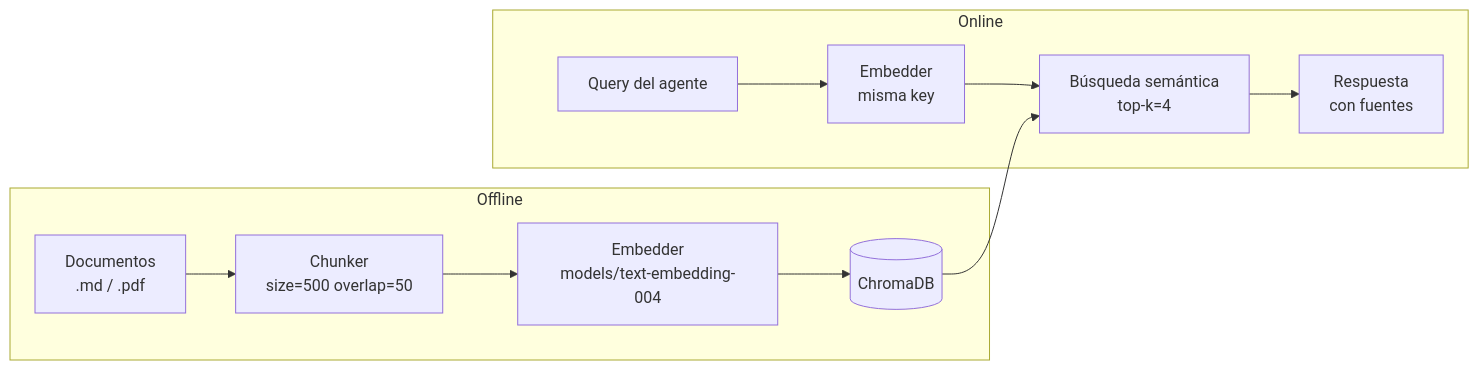
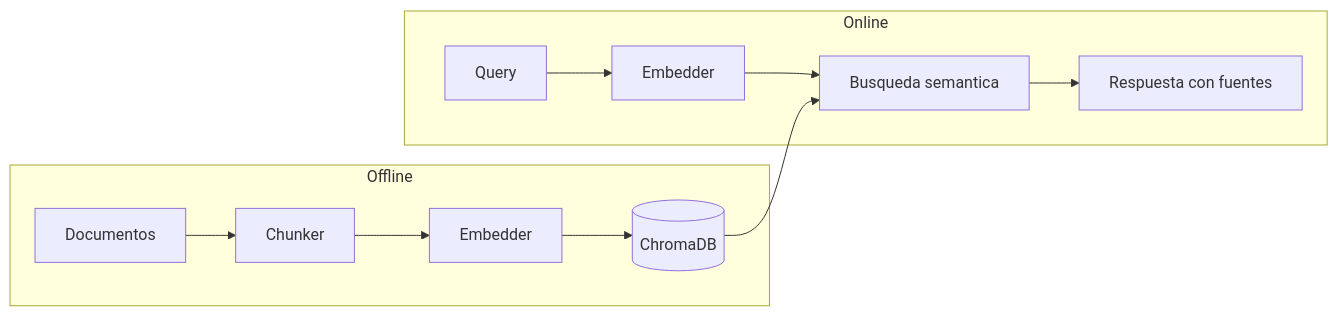
Before and after one commit to jesescobar/beacon: the second of 2 diagrams in README.md, drawn with Mermaid. The commit also changed other lines of this file, not shown here.

Commit message:
docs: fix Mermaid diagrams remove br tags

````diff
--- a/README.md
+++ b/README.md
@@ -25,14 +25,14 @@
 ```mermaid
 flowchart LR
     subgraph Offline
-        A["Documentos<br/>.md / .pdf"] --> B["Chunker<br/>size=500 overlap=50"]
-        B --> C["Embedder<br/>models/text-embedding-004"]
+        A[Documentos] --> B[Chunker]
+        B --> C[Embedder]
         C --> D[(ChromaDB)]
     end
     subgraph Online
-        E[Query del agente] --> F["Embedder<br/>misma key"]
-        F --> G["Búsqueda semántica<br/>top-k=4"]
+        E[Query] --> F[Embedder]
+        F --> G[Busqueda semantica]
         D --> G
-        G --> H["Respuesta<br/>con fuentes"]
+        G --> H[Respuesta con fuentes]
     end
 ```
````
